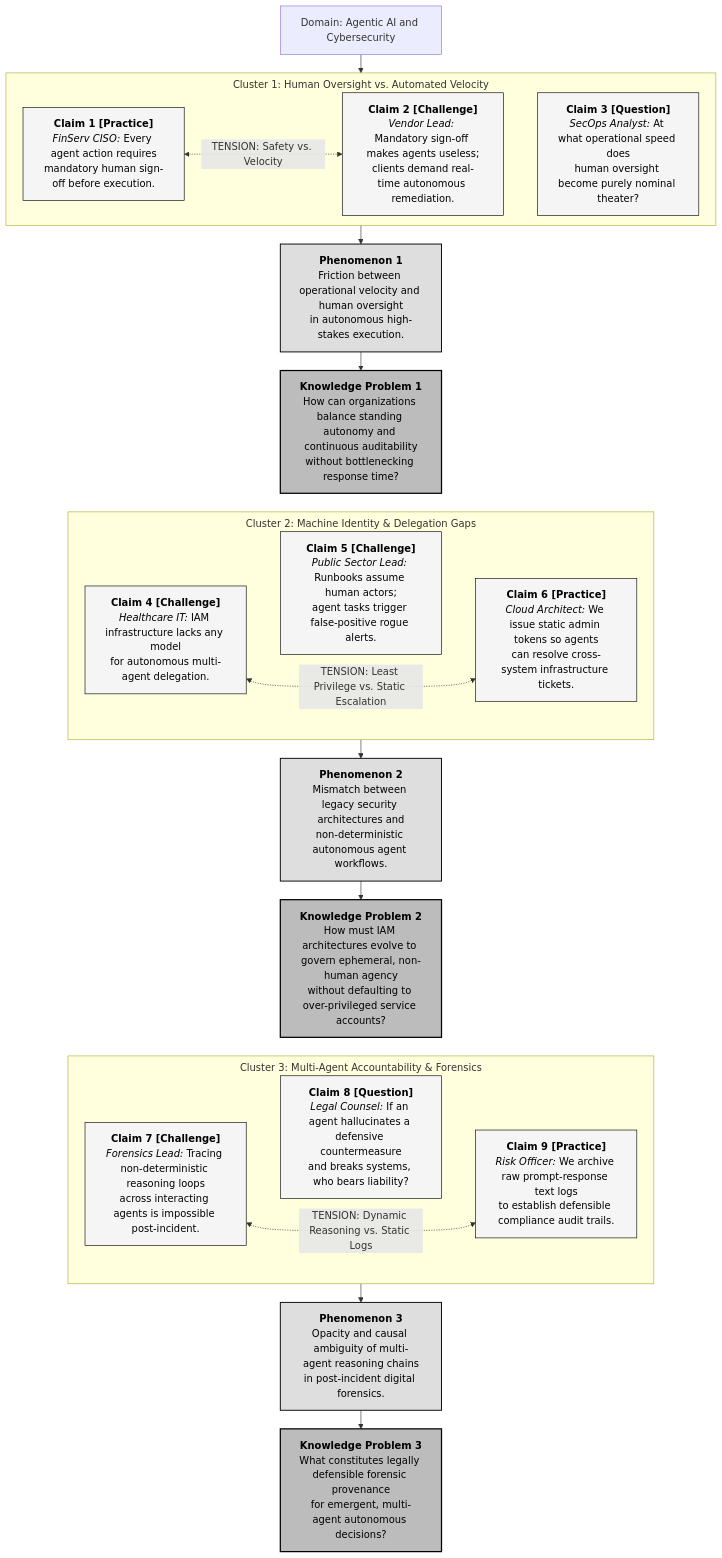
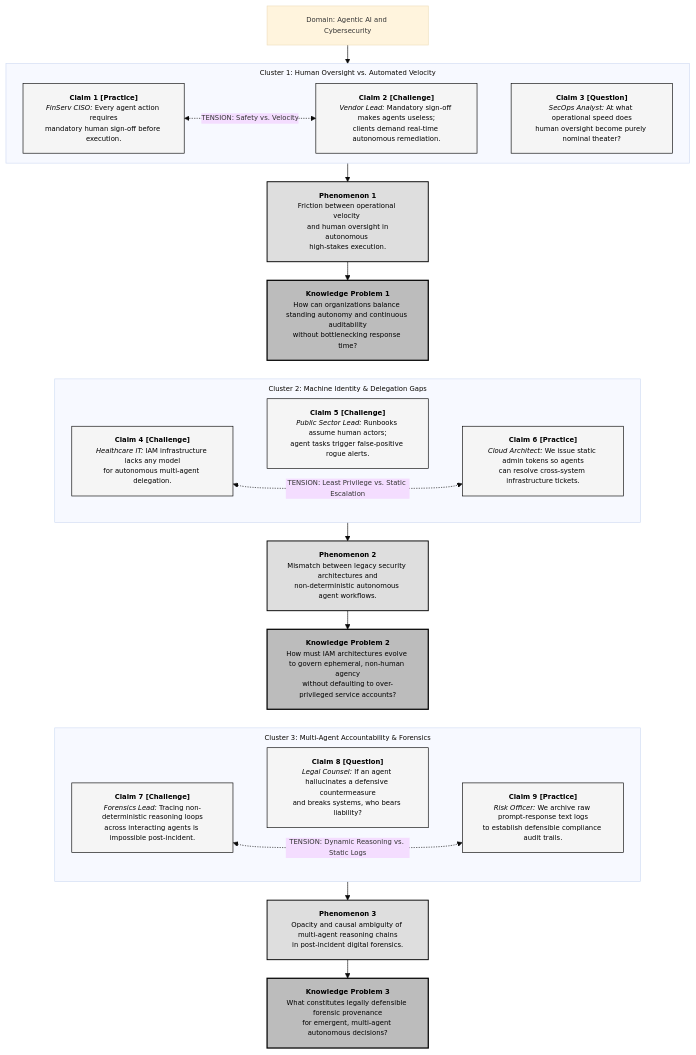
The diagram in lectures/RP1/26WT/perspectives/index.qmd (awe-hnu/awe-hnu.github.io), drawn with Mermaid before and after one commit. The commit also changed other lines of this file and 38 other files, not shown here.

````diff
--- a/lectures/RP1/26WT/perspectives/index.qmd
+++ b/lectures/RP1/26WT/perspectives/index.qmd
@@ -286,72 +287,82 @@
 ```{mermaid}
 %%| label: fig-example
 %%| fig-cap: "An example Map-of-Perspectives (invented for illustration; not a transcript of real industry input)"
 
-%%{init: {'flowchart': {'rankSpacing': 30, 'nodeSpacing': 12, 'subGraphTitleMargin': {'top': 8, 'bottom': 8}}}}%%
+%%{init: {
+  'theme': 'base',
+  'themeVariables': {
+    'fontSize': '11px'
+  },
+  'flowchart': {
+    'rankSpacing': 30,
+    'nodeSpacing': 12,
+    'subGraphTitleMargin': {'top': 8, 'bottom': 8}
+  }
+}}%%
 flowchart TD
     %% Base styling
     classDef claimBox fill:#f5f5f5,stroke:#000000,stroke-width:1px,color:#000000;
     classDef phenomBox fill:#dedede,stroke:#000000,stroke-width:1.5px,color:#000000;
     classDef problemBox fill:#bcbcbc,stroke:#000000,stroke-width:2px,color:#000000;
 
     DOMAIN["Domain: Agentic AI and Cybersecurity"]
 
     %% ==========================================
     %% CLUSTER 1
     %% ==========================================
     subgraph T1["Cluster 1: Human Oversight vs. Automated Velocity"]
         direction LR
         C1["<b>Claim 1 [Practice]</b><br/><i>FinServ CISO:</i> Every agent action requires<br/>mandatory human sign-off before execution."]:::claimBox
         C2["<b>Claim 2 [Challenge]</b><br/><i>Vendor Lead:</i> Mandatory sign-off makes agents useless;<br/>clients demand real-time autonomous remediation."]:::claimBox
         C3["<b>Claim 3 [Question]</b><br/><i>SecOps Analyst:</i> At what operational speed does<br/>human oversight become purely nominal theater?"]:::claimBox
         C1 <-.->|TENSION: Safety vs. Velocity| C2
         C2 ~~~ C3
     end
 
-    PH1["<b>Phenomenon 1</b><br/>Friction between operational velocity and human oversight<br/>in autonomous high-stakes execution."]:::phenomBox
-    KP1["<b>Knowledge Problem 1</b><br/>How can organizations balance standing autonomy and continuous auditability<br/>without bottlenecking response time?"]:::problemBox
+    PH1["<b>Phenomenon 1</b><br/>Friction between operational velocity <br/> and human oversight in autonomous <br/>high-stakes execution."]:::phenomBox
+    KP1["<b>Knowledge Problem 1</b><br/>How can organizations balance <br/>standing autonomy and continuous auditability<br/>without bottlenecking response time?"]:::problemBox
 
     DOMAIN --> T1
     T1 --> PH1
     PH1 --> KP1
 
     %% ==========================================
     %% CLUSTER 2
     %% ==========================================
     subgraph T2["Cluster 2: Machine Identity & Delegation Gaps"]
         direction LR
         C4["<b>Claim 4 [Challenge]</b><br/><i>Healthcare IT:</i> IAM infrastructure lacks any model<br/>for autonomous multi-agent delegation."]:::claimBox
         C5["<b>Claim 5 [Challenge]</b><br/><i>Public Sector Lead:</i> Runbooks assume human actors;<br/>agent tasks trigger false-positive rogue alerts."]:::claimBox
         C6["<b>Claim 6 [Practice]</b><br/><i>Cloud Architect:</i> We issue static admin tokens so agents<br/>can resolve cross-system infrastructure tickets."]:::claimBox
         C4 ~~~ C5
         C5 ~~~ C6
         C4 <-.->|TENSION: Least Privilege vs. Static Escalation| C6
     end
 
     PH2["<b>Phenomenon 2</b><br/>Mismatch between legacy security architectures and<br/>non-deterministic autonomous agent workflows."]:::phenomBox
     KP2["<b>Knowledge Problem 2</b><br/>How must IAM architectures evolve to govern ephemeral, non-human agency<br/>without defaulting to over-privileged service accounts?"]:::problemBox
 
     KP1 ~~~ T2
     T2 --> PH2
     PH2 --> KP2
 
     %% ==========================================
     %% CLUSTER 3
     %% ==========================================
     subgraph T3["Cluster 3: Multi-Agent Accountability & Forensics"]
         direction LR
         C7["<b>Claim 7 [Challenge]</b><br/><i>Forensics Lead:</i> Tracing non-deterministic reasoning loops<br/>across interacting agents is impossible post-incident."]:::claimBox
         C8["<b>Claim 8 [Question]</b><br/><i>Legal Counsel:</i> If an agent hallucinates a defensive countermeasure<br/>and breaks systems, who bears liability?"]:::claimBox
         C9["<b>Claim 9 [Practice]</b><br/><i>Risk Officer:</i> We archive raw prompt-response text logs<br/>to establish defensible compliance audit trails."]:::claimBox
         C7 ~~~ C8
         C8 ~~~ C9
         C7 <-.->|TENSION: Dynamic Reasoning vs. Static Logs| C9
     end
 
     PH3["<b>Phenomenon 3</b><br/>Opacity and causal ambiguity of multi-agent reasoning chains<br/>in post-incident digital forensics."]:::phenomBox
     KP3["<b>Knowledge Problem 3</b><br/>What constitutes legally defensible forensic provenance<br/>for emergent, multi-agent autonomous decisions?"]:::problemBox
 
     KP2 ~~~ T3
     T3 --> PH3
     PH3 --> KP3
 ```
````
